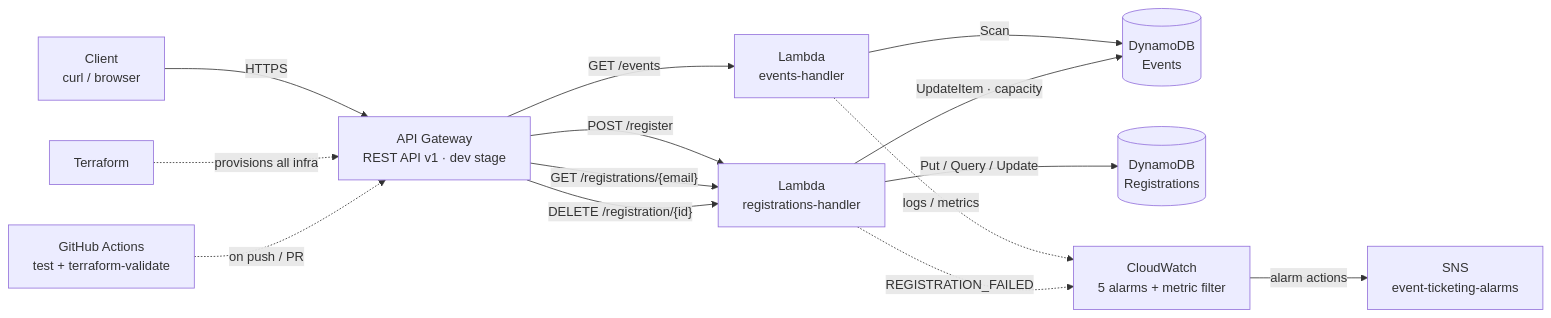
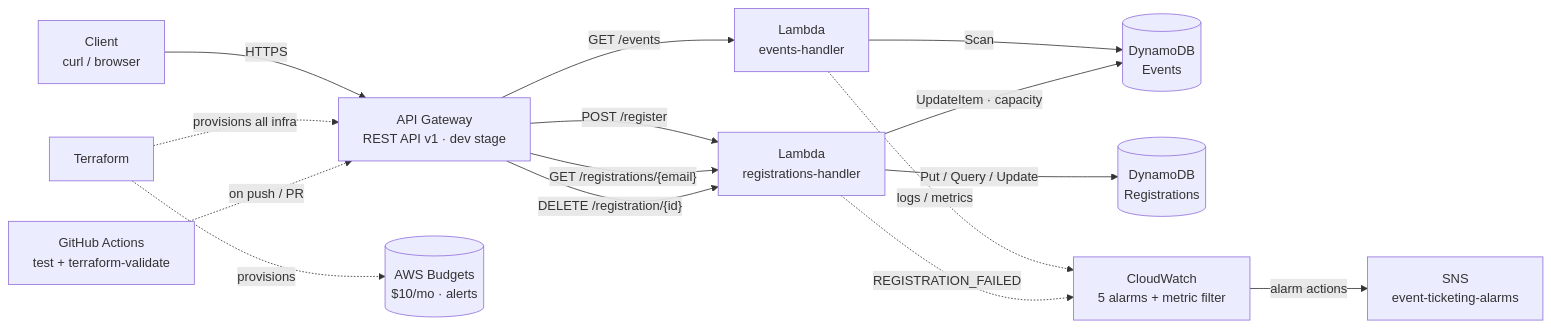
The diagram in README.md (Quincy-000/event-ticketing-capstone), drawn with Mermaid before and after one commit. The commit also changed other lines of this file, not shown here.

Commit message:
docs: README - AWS Budgets (cost tracking), fix test count to 10

````diff
--- a/README.md
+++ b/README.md
@@ -12,20 +12,21 @@
 ```mermaid
 flowchart LR
     C["Client<br/>curl / browser"] -->|"HTTPS"| A["API Gateway<br/>REST API v1 · dev stage"]
 
     A -->|"GET /events"| LE["Lambda<br/>events-handler"]
     A -->|"POST /register"| LR["Lambda<br/>registrations-handler"]
     A -->|"GET /registrations/{email}"| LR
     A -->|"DELETE /registration/{id}"| LR
 
     LE -->|"Scan"| DE[("DynamoDB<br/>Events")]
     LR -->|"Put / Query / Update"| DR[("DynamoDB<br/>Registrations")]
     LR -->|"UpdateItem · capacity"| DE
 
     LE -.->|"logs / metrics"| CW["CloudWatch<br/>5 alarms + metric filter"]
     LR -.->|"REGISTRATION_FAILED"| CW
     CW -->|"alarm actions"| S["SNS<br/>event-ticketing-alarms"]
 
     TF["Terraform"] -.->|"provisions all infra"| A
+    TF -.->|"provisions"| BD[("AWS Budgets<br/>$10/mo · alerts")]
     GHA["GitHub Actions<br/>test + terraform-validate"] -.->|"on push / PR"| A
 ```
````
